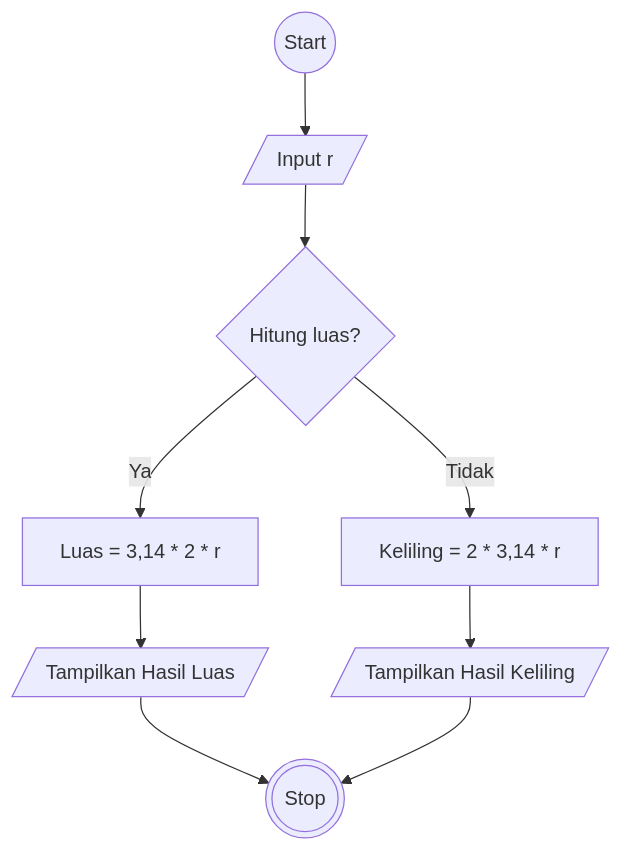
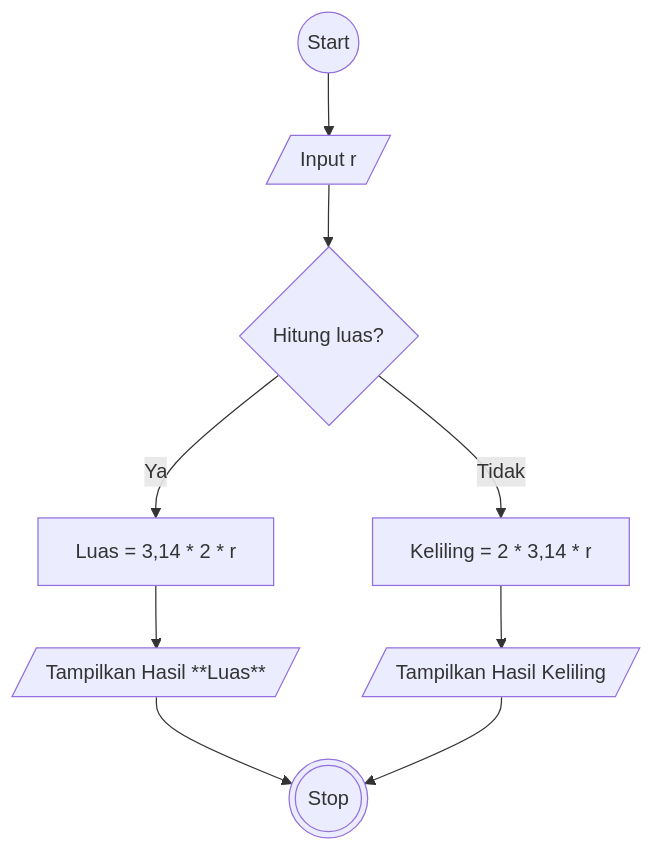
Before and after one commit to rizallk/koda-b1-algoritm: the diagram in koda-b1-algoritm-luas-dan-keliling-lingkaran.md, drawn with Mermaid. The commit also changed other lines of this file, not shown here.

````diff
--- a/koda-b1-algoritm-luas-dan-keliling-lingkaran.md
+++ b/koda-b1-algoritm-luas-dan-keliling-lingkaran.md
@@ -17,16 +17,16 @@
 ``` mermaid
 flowchart TD
   1@{ shape: circle, label: "Start" } -->
 
   2[/Input r/] -->
 
   3{Hitung luas?}
   3 --> |Ya| 4[Luas = 3,14 * 2 * r]
   3 --> |Tidak| 5[Keliling = 2 * 3,14 * r]
 
-  4 --> 6[/Tampilkan Hasil Luas/]
+  4 --> 6[/Tampilkan Hasil **Luas**/]
   5 --> 7[/Tampilkan Hasil Keliling/]
 
   6 --> 8@{ shape: dbl-circ, label: "Stop" }
   7 --> 8@{ shape: dbl-circ, label: "Stop" }
 ```
````
